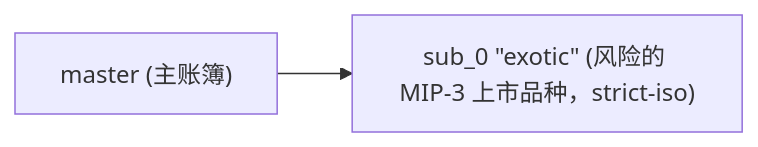
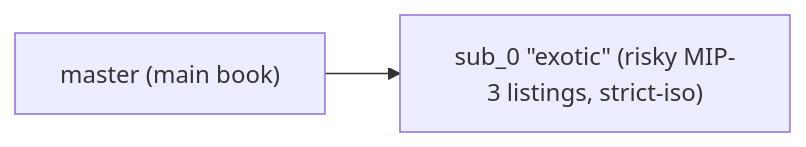
The sixth of 8 diagrams in i18n/zh-Hans/docusaurus-plugin-content-docs/current/concepts/sub-accounts.md (mtf-exchange/metaflux-knowledges), drawn with Mermaid before and after one commit. The commit also changed other lines of this file and 355 other files, not shown here.

````diff
--- a/i18n/zh-Hans/docusaurus-plugin-content-docs/current/concepts/sub-accounts.md
+++ b/i18n/zh-Hans/docusaurus-plugin-content-docs/current/concepts/sub-accounts.md
@@ -208,6 +208,6 @@
 ```mermaid
 flowchart LR
-    master["master (主账簿)"]
-    sub0["sub_0 &quot;exotic&quot; (风险的 MIP-3 上市品种，strict-iso)"]
+    master["master (main book)"]
+    sub0["sub_0 &quot;exotic&quot; (risky MIP-3 listings, strict-iso)"]
     master --> sub0
 ```
````
